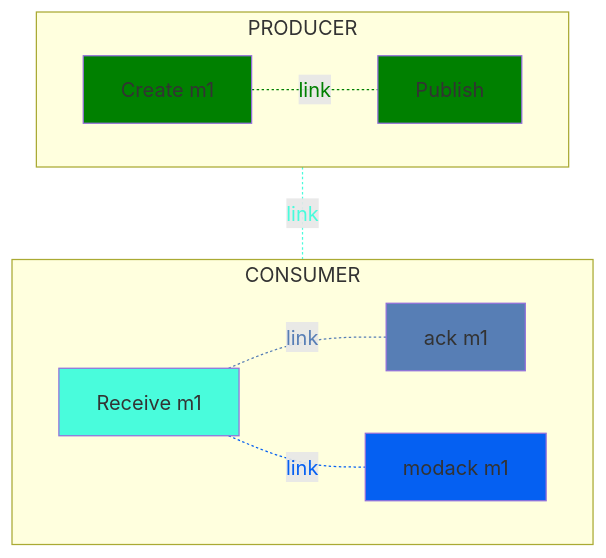
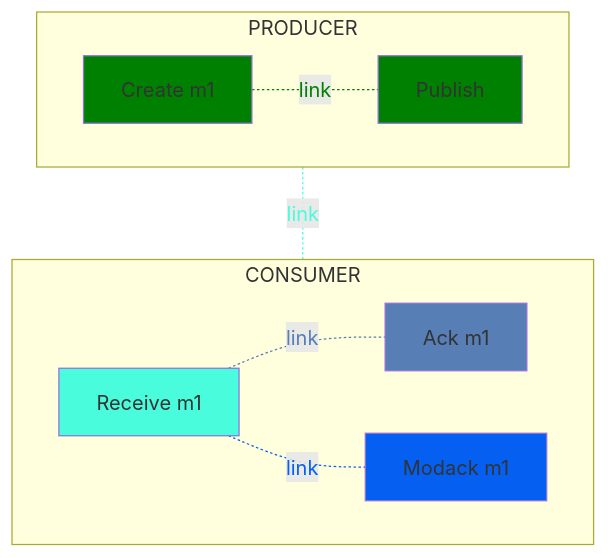
The second of 2 diagrams in docs/messaging/gcp-pubsub.md (open-telemetry/semantic-conventions), drawn with Mermaid before and after one commit. The commit also changed other lines of this file, not shown here.

Commit message:
update the destination name

````diff
--- a/docs/messaging/gcp-pubsub.md
+++ b/docs/messaging/gcp-pubsub.md
@@ -77,41 +77,41 @@
 ```mermaid
 flowchart TD;
   subgraph CONSUMER
   direction LR
   R1[Receive m1]
-  SM1[ack m1]
-  EM1[modack m1]
+  SM1[Ack m1]
+  EM1[Modack m1]
   end
   subgraph PRODUCER
   direction LR
   CM1[Create m1]
   PM1[Publish]
   end
   %% Link 0
   CM1-. link .-PM1;
   %% Link 1
   CM1-. link .-R1;
   %% Link 2
   R1-. link .-SM1;
   %% Link 3
   R1-. link .-EM1;
 
   %% Style the node and corresponding link
   %% Producer links and nodes
   classDef producer fill:green
   class PM1,CM1 producer
   linkStyle 0 color:green,stroke:green
 
   %% Consumer links and nodes
   classDef consumer fill:#49fcdc
   class R1 consumer
   linkStyle 1 color:#49fcdc,stroke:#49fcdc
 
   classDef ack fill:#577eb5
   class SM1 ack
   linkStyle 2 color:#577eb5,stroke:#577eb5
 
   classDef modack fill:#0560f2
   class EM1 modack
   linkStyle 3 color:#0560f2,stroke:#0560f2
 ```
````
